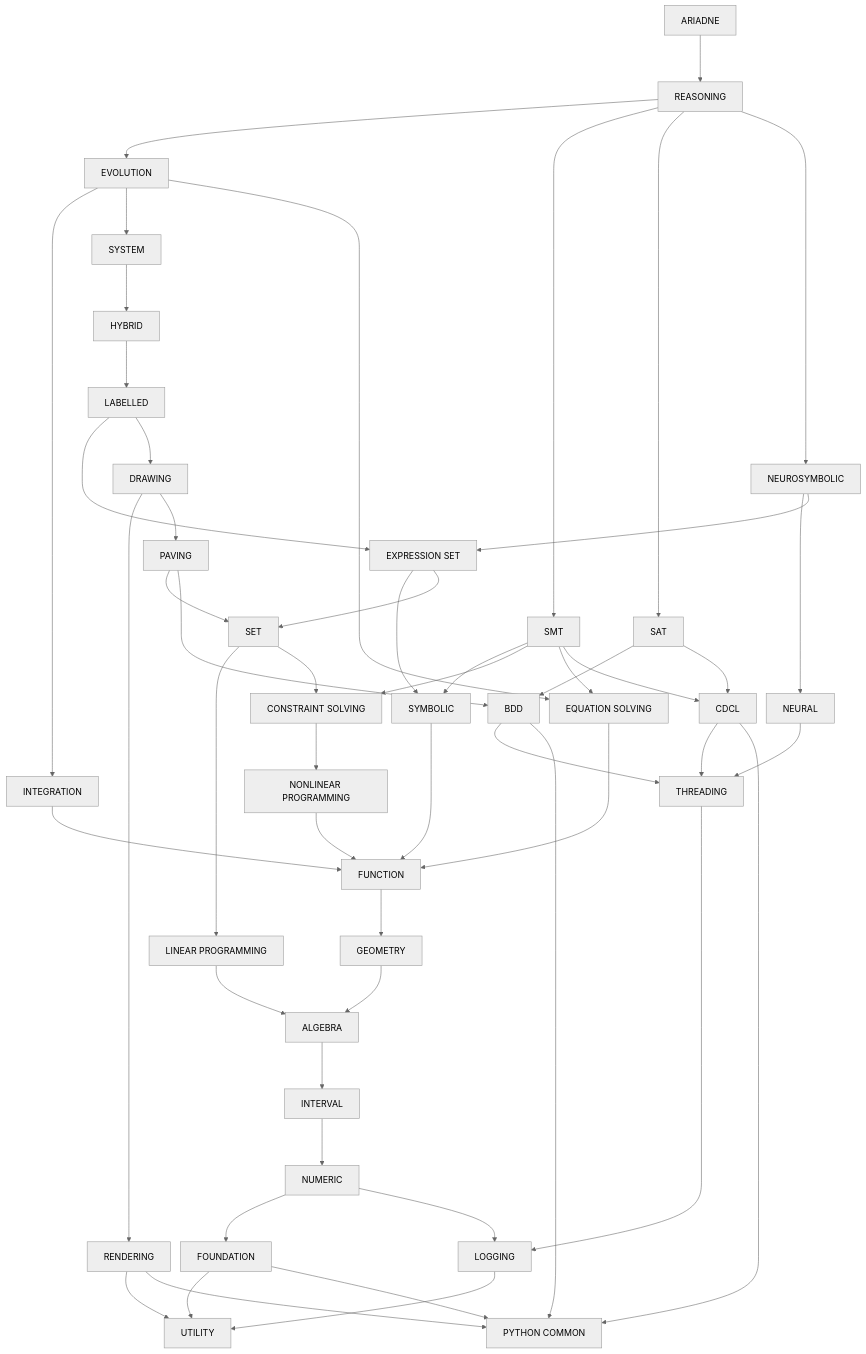
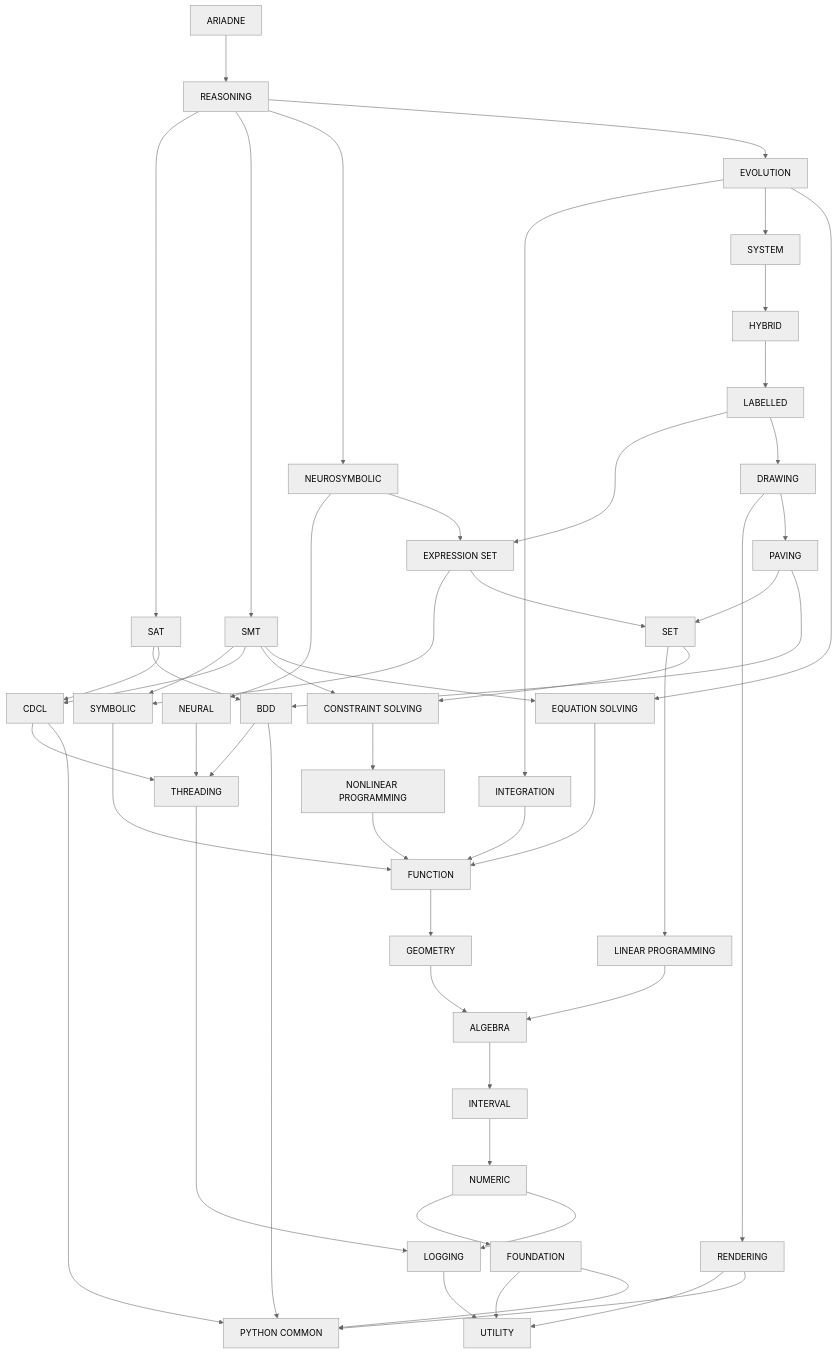
The diagram in doc/structure.md (ariadne-cps/ariadne), drawn with Mermaid (neutral theme) before and after one commit. The commit also changed other lines of this file, not shown here.

Commit message:
docs: reorder structure graph to group SMT and SAT

```diff
--- a/doc/structure.md
+++ b/doc/structure.md
@@ -7,8 +7,9 @@
 graph TD
     ariadne["ARIADNE"]
     reasoning["REASONING"]
+    sat["SAT"]
     smt["SMT"]
-    sat["SAT"]
+    neurosymbolic["NEUROSYMBOLIC"]
     evolution["EVOLUTION"]
     integration["INTEGRATION"]
     system["SYSTEM"]
@@ -18,7 +19,6 @@
     expression_set["EXPRESSION SET"]
     paving["PAVING"]
     set["SET"]
-    neurosymbolic["NEUROSYMBOLIC"]
     neural["NEURAL"]
     symbolic["SYMBOLIC"]
     constraint_solving["CONSTRAINT SOLVING"]
@@ -40,10 +40,16 @@
     python_common["PYTHON COMMON"]
 
     ariadne --> reasoning
+    reasoning --> sat
+    reasoning --> smt
+    reasoning --> neurosymbolic
     reasoning --> evolution
-    reasoning --> smt
-    reasoning --> sat
-    reasoning --> neurosymbolic
+    sat --> bdd
+    sat --> cdcl
+    smt --> symbolic
+    smt --> cdcl
+    smt --> constraint_solving
+    smt --> equation_solving
     neurosymbolic --> neural
     neurosymbolic --> expression_set
     neural --> threading
@@ -55,20 +61,14 @@
     hybrid --> labelled
     labelled --> expression_set
     labelled --> drawing
+    expression_set --> symbolic
+    expression_set --> set
     drawing --> rendering
     drawing --> paving
-    expression_set --> symbolic
-    expression_set --> set
     paving --> set
     paving --> bdd
     set --> linear_programming
     set --> constraint_solving
-    smt --> symbolic
-    smt --> constraint_solving
-    smt --> equation_solving
-    smt --> cdcl
-    sat --> bdd
-    sat --> cdcl
     symbolic --> function
     constraint_solving --> nonlinear_programming
     equation_solving --> function
```
